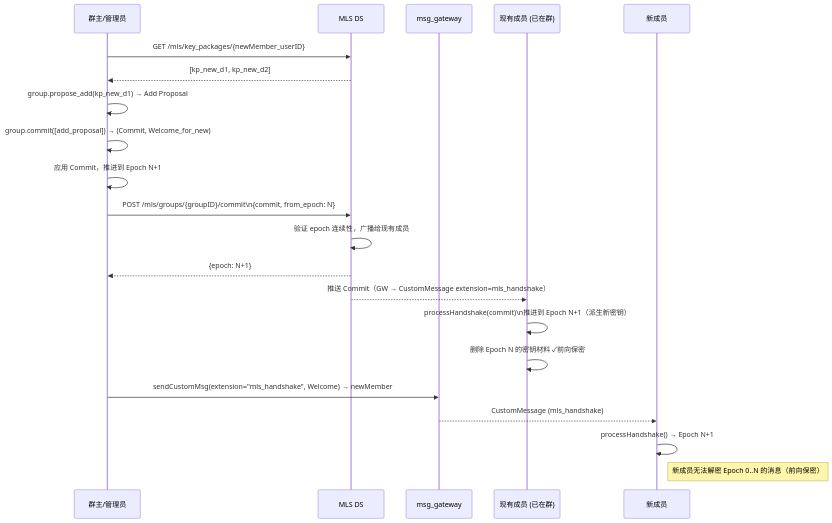
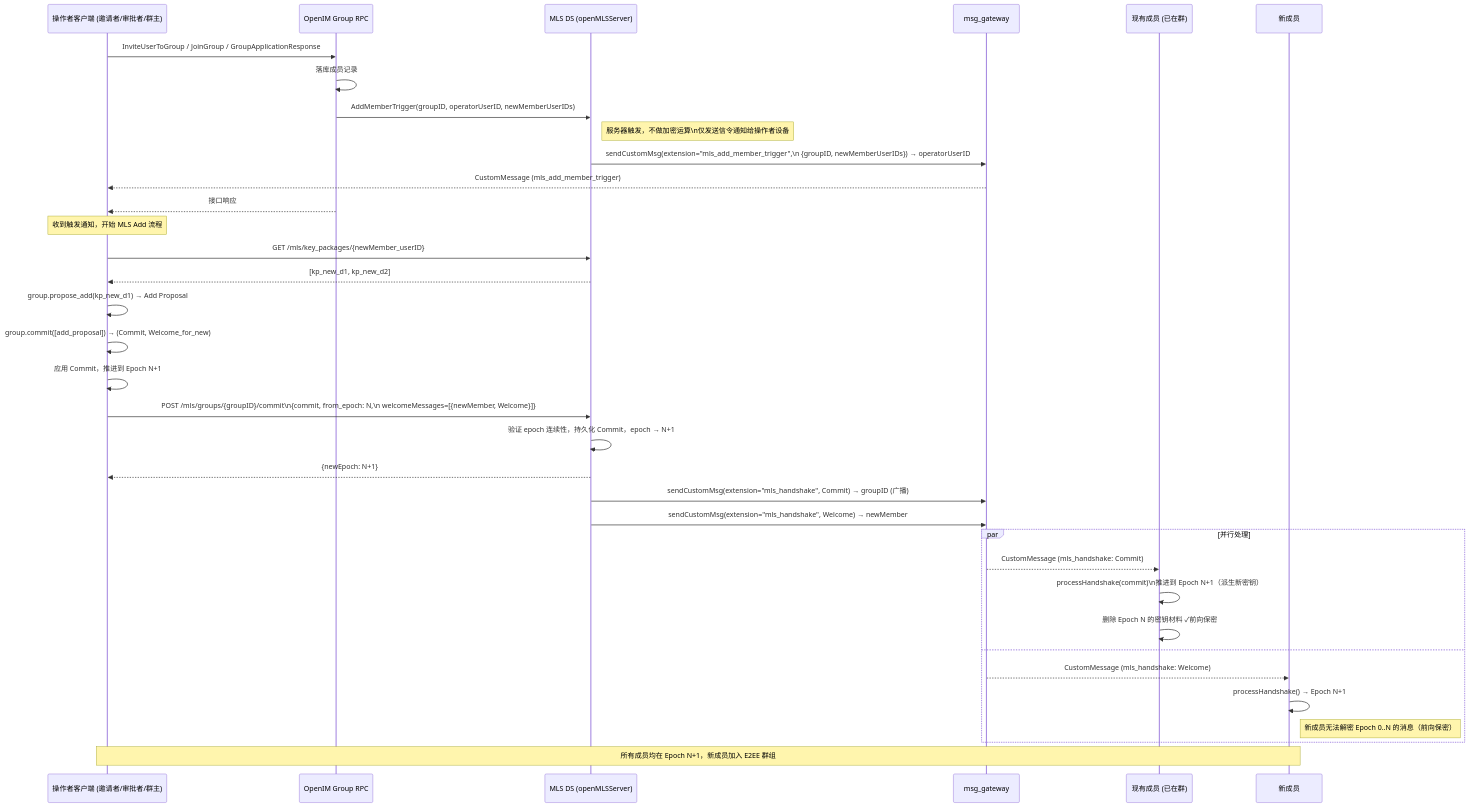
Before and after one commit to sok-im/open-im-server-origin: the sixth of 9 diagrams in docs/e2ee-openmls-design.md, drawn with Mermaid. The commit also changed other lines of this file, not shown here.

````diff
--- a/docs/e2ee-openmls-design.md
+++ b/docs/e2ee-openmls-design.md
@@ -395,28 +406,45 @@
 ```mermaid
 sequenceDiagram
-    participant Admin as 群主/管理员
-    participant DS as MLS DS
+    participant Client as 操作者客户端 (邀请者/审批者/群主)
+    participant GroupRPC as OpenIM Group RPC
+    participant DS as MLS DS (openMLSServer)
     participant GW as msg_gateway
     participant Existing as 现有成员 (已在群)
     participant NewMember as 新成员
 
-    Admin->>DS: GET /mls/key_packages/{newMember_userID}
-    DS-->>Admin: [kp_new_d1, kp_new_d2]
+    Client->>GroupRPC: InviteUserToGroup / JoinGroup / GroupApplicationResponse
+    GroupRPC->>GroupRPC: 落库成员记录
+    GroupRPC->>DS: AddMemberTrigger(groupID, operatorUserID, newMemberUserIDs)
+    Note right of DS: 服务器触发，不做加密运算\n仅发送信令通知给操作者设备
 
-    Admin->>Admin: group.propose_add(kp_new_d1) → Add Proposal
-    Admin->>Admin: group.commit([add_proposal]) → (Commit, Welcome_for_new)
-    Admin->>Admin: 应用 Commit，推进到 Epoch N+1
+    DS->>GW: sendCustomMsg(extension="mls_add_member_trigger",\n  {groupID, newMemberUserIDs}) → operatorUserID
+    GW-->>Client: CustomMessage (mls_add_member_trigger)
+    GroupRPC-->>Client: 接口响应
 
-    Admin->>DS: POST /mls/groups/{groupID}/commit\n{commit, from_epoch: N}
-    DS->>DS: 验证 epoch 连续性，广播给现有成员
-    DS-->>Admin: {epoch: N+1}
+    Note over Client: 收到触发通知，开始 MLS Add 流程
+    Client->>DS: GET /mls/key_packages/{newMember_userID}
+    DS-->>Client: [kp_new_d1, kp_new_d2]
 
-    DS-->>Existing: 推送 Commit（GW → CustomMessage extension=mls_handshake）
-    Existing->>Existing: processHandshake(commit)\n推进到 Epoch N+1（派生新密钥）
-    Existing->>Existing: 删除 Epoch N 的密钥材料 ✓前向保密
+    Client->>Client: group.propose_add(kp_new_d1) → Add Proposal
+    Client->>Client: group.commit([add_proposal]) → (Commit, Welcome_for_new)
+    Client->>Client: 应用 Commit，推进到 Epoch N+1
 
-    Admin->>GW: sendCustomMsg(extension="mls_handshake", Welcome) → newMember
-    GW-->>NewMember: CustomMessage (mls_handshake)
-    NewMember->>NewMember: processHandshake() → Epoch N+1
-    Note right of NewMember: 新成员无法解密 Epoch 0..N 的消息（前向保密）
+    Client->>DS: POST /mls/groups/{groupID}/commit\n{commit, from_epoch: N,\n  welcomeMessages=[{newMember, Welcome}]}
+    DS->>DS: 验证 epoch 连续性，持久化 Commit，epoch → N+1
+    DS-->>Client: {newEpoch: N+1}
+
+    DS->>GW: sendCustomMsg(extension="mls_handshake", Commit) → groupID (广播)
+    DS->>GW: sendCustomMsg(extension="mls_handshake", Welcome) → newMember
+
+    par 并行处理
+        GW-->>Existing: CustomMessage (mls_handshake: Commit)
+        Existing->>Existing: processHandshake(commit)\n推进到 Epoch N+1（派生新密钥）
+        Existing->>Existing: 删除 Epoch N 的密钥材料 ✓前向保密
+    and
+        GW-->>NewMember: CustomMessage (mls_handshake: Welcome)
+        NewMember->>NewMember: processHandshake() → Epoch N+1
+        Note right of NewMember: 新成员无法解密 Epoch 0..N 的消息（前向保密）
+    end
+
+    Note over Client,NewMember: 所有成员均在 Epoch N+1，新成员加入 E2EE 群组
 ```
````
